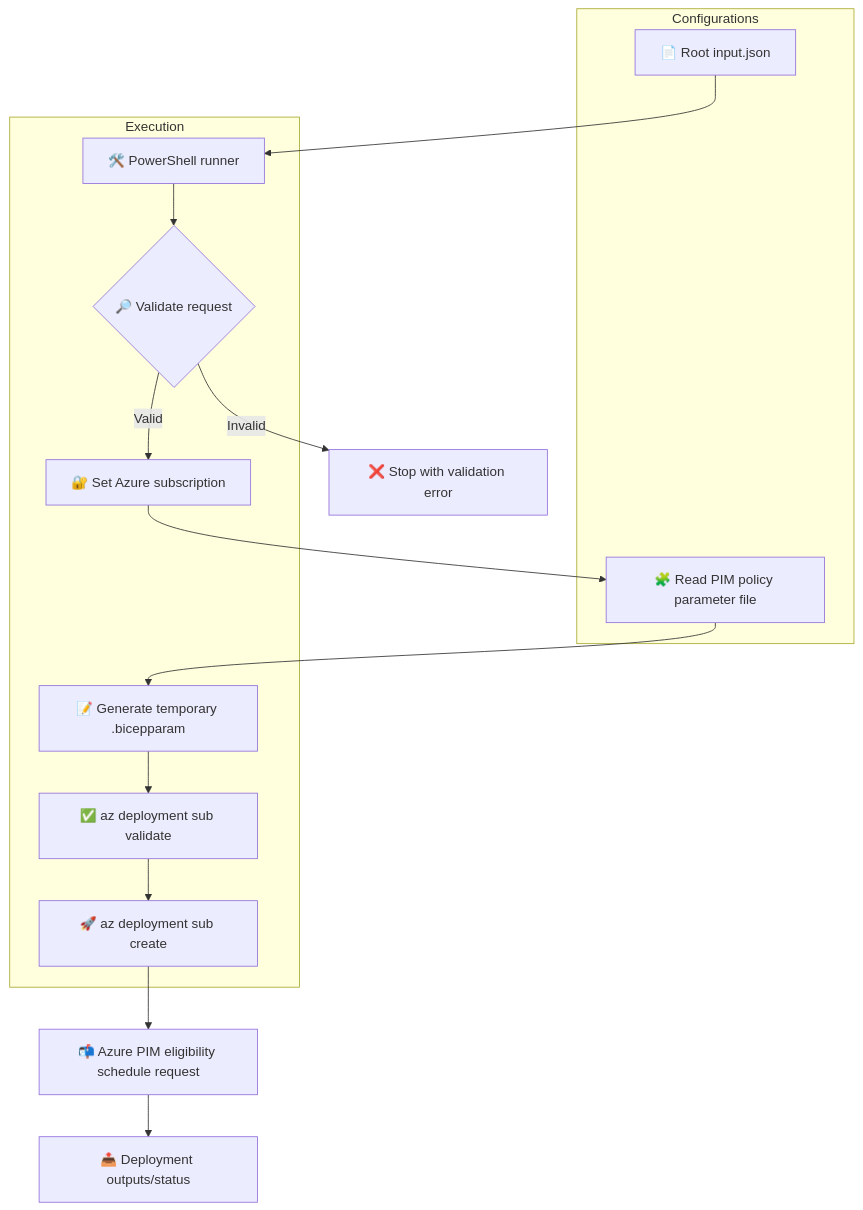
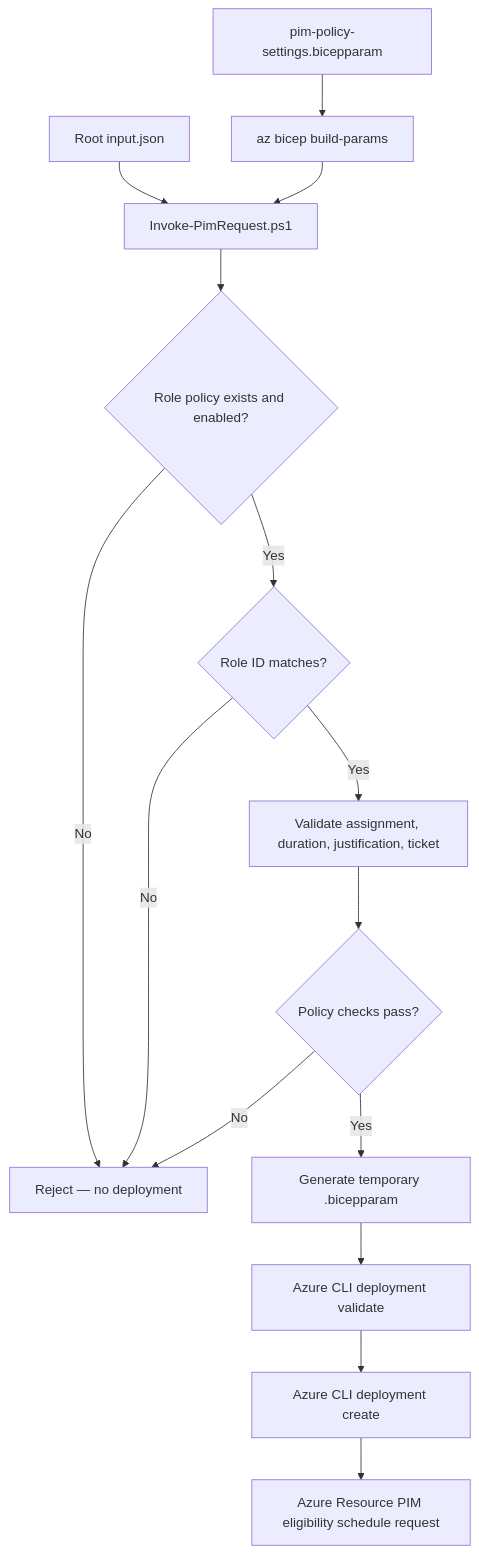
Before and after one commit to OLYMPUSPRIME/GPT-BIFROST: the diagram in docs/PIM_REQUEST_FLOW.md, drawn with Mermaid. The commit also changed other lines of this file, not shown here.

Commit message:
Document fail-closed policy validation flow

````diff
--- a/docs/PIM_REQUEST_FLOW.md
+++ b/docs/PIM_REQUEST_FLOW.md
@@ -15,26 +14,17 @@
 ```mermaid
 flowchart TD
-  A[📄 Root input.json] --> B[🛠️ PowerShell runner]
-  B --> C{🔎 Validate request}
-  C -->|Invalid| X[❌ Stop with validation error]
-  C -->|Valid| D[🔐 Set Azure subscription]
-  D --> E[🧩 Read PIM policy parameter file]
-  E --> F[📝 Generate temporary .bicepparam]
-  F --> G[✅ az deployment sub validate]
-  G --> H[🚀 az deployment sub create]
-  H --> I[📬 Azure PIM eligibility schedule request]
-  I --> J[📤 Deployment outputs/status]
-  
-  subgraph Configurations
-    A
-    E
-  end
-  subgraph Execution
-    B
-    C
-    D
-    F
-    G
-    H
-  end
+  A[Root input.json] --> C[Invoke-PimRequest.ps1]
+  B[pim-policy-settings.bicepparam] --> D[az bicep build-params]
+  D --> C
+  C --> E{Role policy exists and enabled?}
+  E -->|No| X[Reject — no deployment]
+  E -->|Yes| F{Role ID matches?}
+  F -->|No| X
+  F -->|Yes| G[Validate assignment, duration, justification, ticket]
+  G --> H{Policy checks pass?}
+  H -->|No| X
+  H -->|Yes| I[Generate temporary .bicepparam]
+  I --> J[Azure CLI deployment validate]
+  J --> K[Azure CLI deployment create]
+  K --> L[Azure Resource PIM eligibility schedule request]
 ```
````
